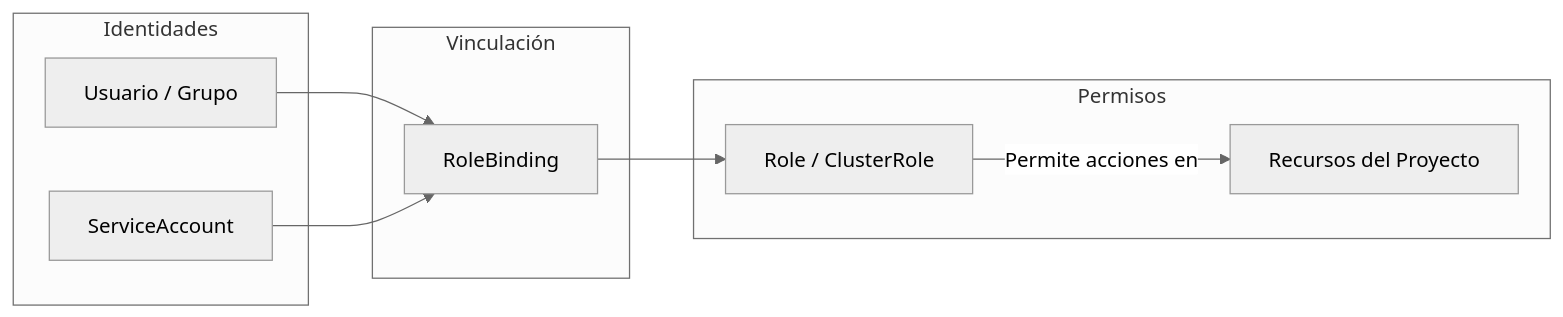
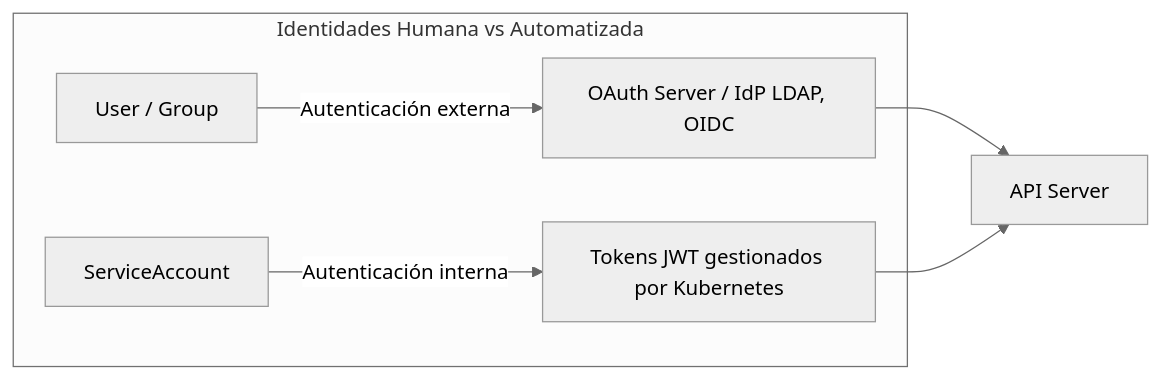
The fourth of 7 diagrams in docs/sesion4/4.1 Proyectos y permisos.md (ieftraining/curso-openshift), drawn with Mermaid (neutral theme) before and after one commit. The commit also changed other lines of this file, not shown here.

````diff
--- a/docs/sesion4/4.1 Proyectos y permisos.md
+++ b/docs/sesion4/4.1 Proyectos y permisos.md
@@ -41,21 +159,9 @@
 ```mermaid
 flowchart LR
-    subgraph Identidades
-        U[Usuario / Grupo]
-        SA[ServiceAccount]
+    subgraph Identidades Humana vs Automatizada
+        A[User / Group] -->|Autenticación externa| B[OAuth Server / IdP LDAP, OIDC]
+        C[ServiceAccount] -->|Autenticación interna| D[Tokens JWT gestionados por Kubernetes]
     end
-
-    subgraph Vinculación
-        RB[RoleBinding]
-    end
-
-    subgraph Permisos
-        R[Role / ClusterRole]
-        Res[Recursos del Proyecto]
-    end
-
-    U --> RB
-    SA --> RB
-    RB --> R
-    R -->|Permite acciones en| Res
+    B --> E[API Server]
+    D --> E
 ```
````
